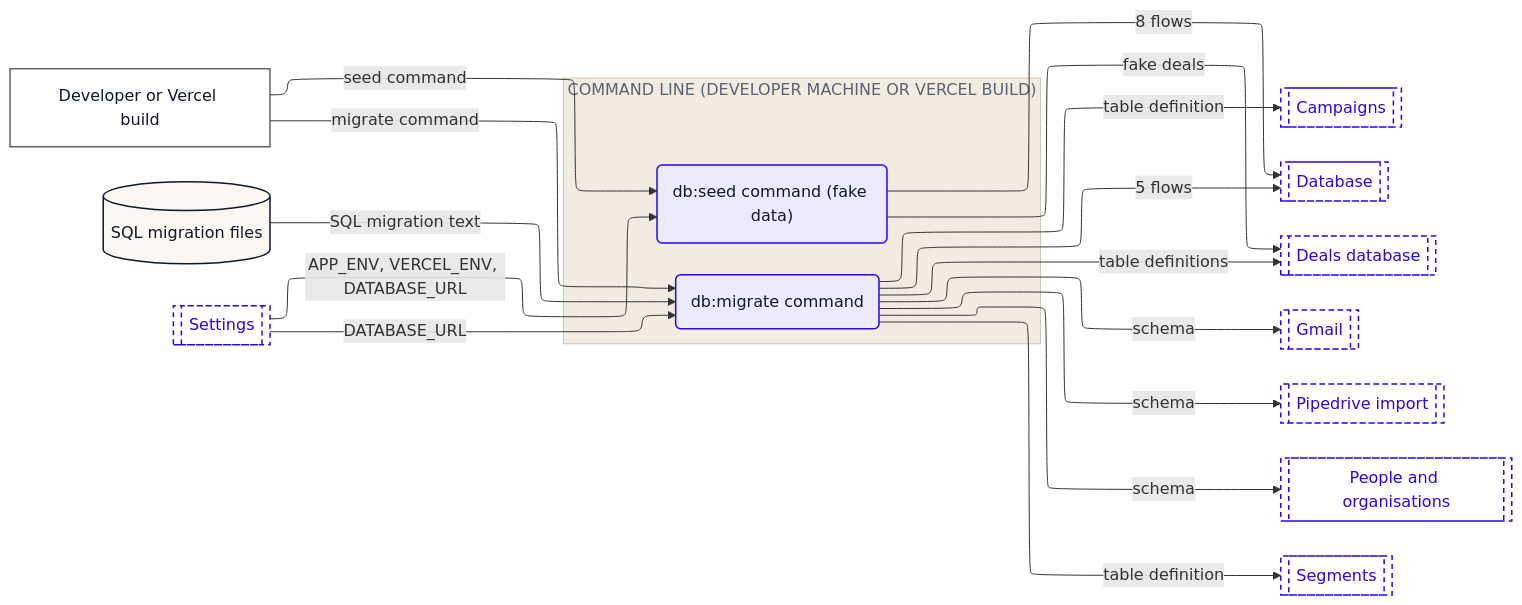
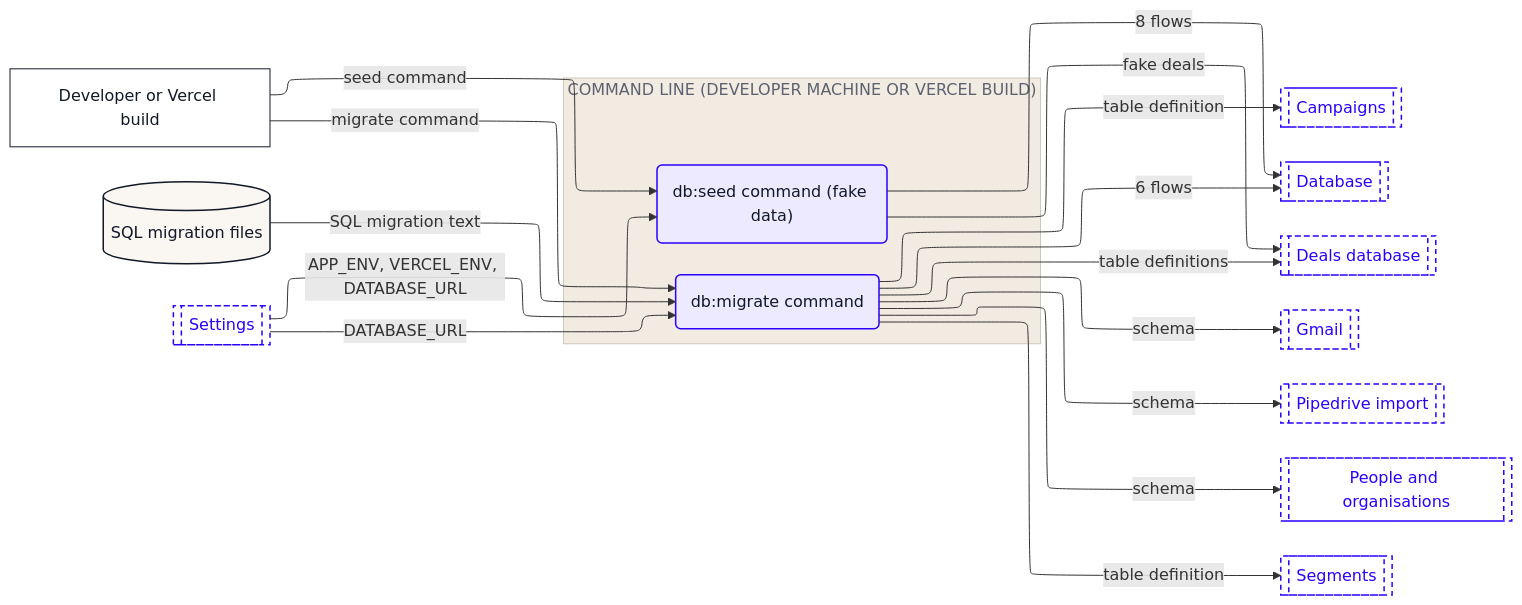
Before and after one commit to Romain-Perche/Barnacle-Pipe: the fifth of 16 diagrams in dataflow/DATAFLOW.md, drawn with Mermaid. The commit also changed other lines of this file and 5 other files, not shown here.

````diff
--- a/dataflow/DATAFLOW.md
+++ b/dataflow/DATAFLOW.md
@@ -360,46 +360,46 @@
 ```mermaid
 ---
 config:
   layout: elk
 ---
 flowchart LR
     n1["Developer or Vercel build"]
     n2[("SQL migration files")]
     subgraph z1["COMMAND LINE (DEVELOPER MACHINE OR VERCEL BUILD)"]
         n3("db:migrate command")
         n4("db:seed command (fake data)")
     end
     n5[["Campaigns"]]
     n6[["Database"]]
     n7[["Deals database"]]
     n8[["Gmail"]]
     n9[["Pipedrive import"]]
     n10[["People and organisations"]]
     n11[["Segments"]]
     n12[["Settings"]]
     n1 -->|"migrate command"| n3
     n1 -->|"seed command"| n4
     n12 -->|"DATABASE_URL"| n3
     n12 -->|"APP_ENV, VERCEL_ENV, DATABASE_URL"| n4
-    n3 -->|"5 flows"| n6
+    n3 -->|"6 flows"| n6
     n3 -->|"table definition"| n5
     n3 -->|"table definitions"| n7
     n3 -->|"schema"| n8
     n3 -->|"schema"| n10
     n3 -->|"schema"| n9
     n3 -->|"table definition"| n11
     n2 -->|"SQL migration text"| n3
     n4 -->|"8 flows"| n6
     n4 -->|"fake deals"| n7
     classDef actor fill:#FFFFFF,stroke:#111827,stroke-width:1px,color:#111827
     classDef process fill:#EDEAFF,stroke:#2B00FF,stroke-width:1.5px,color:#111827
     classDef store fill:#FAF6F1,stroke:#111827,stroke-width:1.5px,color:#111827
     classDef zone fill:#1A1A1A,stroke:#1A1A1A,color:#FFFFFF
     classDef group fill:#2B00FF,stroke:#2B00FF,color:#FFFFFF
     classDef stub fill:#FFFFFF,stroke:#2B00FF,stroke-width:1.5px,stroke-dasharray:5 4,color:#2B00FF
     class n1 actor
     class n3,n4 process
     class n2 store
     class n5,n6,n7,n8,n9,n10,n11,n12 stub
     style z1 fill:#F1EBE2,stroke:#CFC7BB,color:#5D6270
 ```
````
